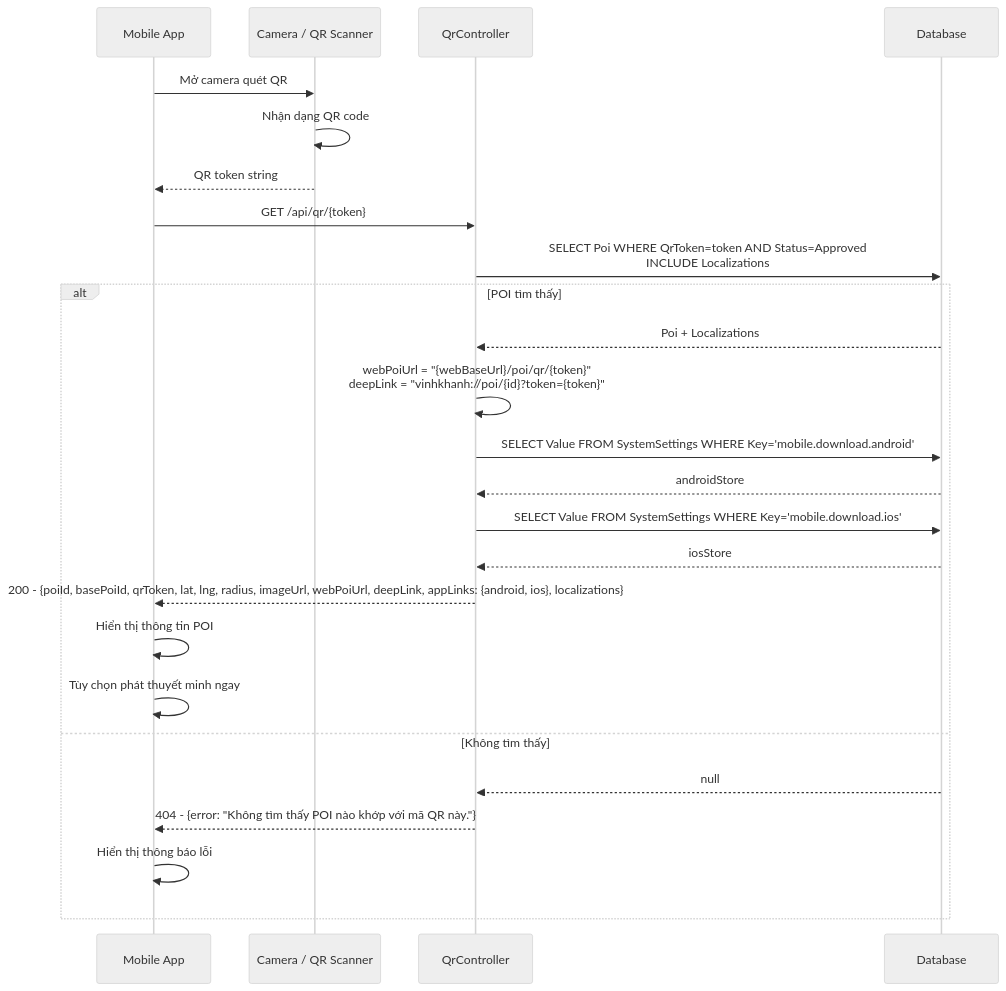
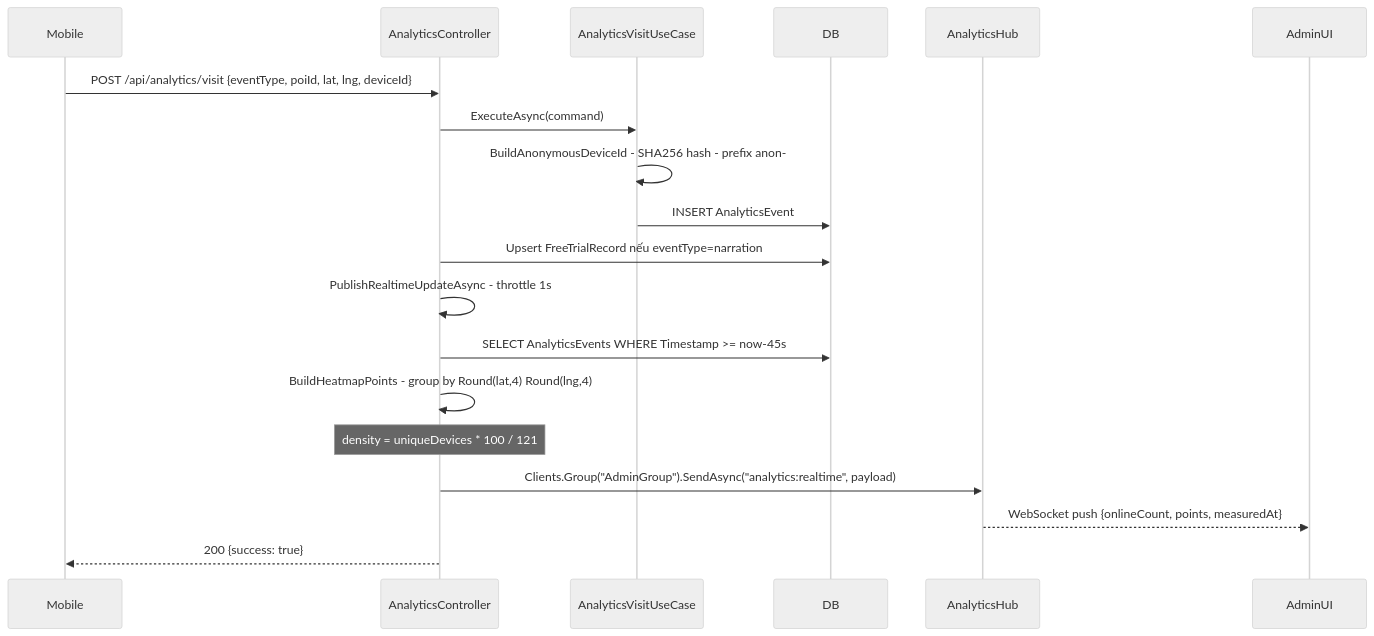
One commit to phamquyet47204/C-Sharp changed diagram 11 of 16 in README.md. Above: the diagram before and after it, drawn with Mermaid (neutral theme). The commit also changed other lines of this file, not shown here.

````diff
--- a/README.md
+++ b/README.md
@@ -1053,29 +692,22 @@
 ```mermaid
 sequenceDiagram
-  participant Mobile as Mobile App
-  participant Camera as Camera / QR Scanner
-  participant QrController
-  participant DB as Database
+  participant Mobile
+  participant AnalyticsController
+  participant AnalyticsVisitUseCase
+  participant DB
+  participant SignalR as AnalyticsHub
+  participant AdminUI
 
-  Mobile->>Camera: Mở camera quét QR
-  Camera->>Camera: Nhận dạng QR code
-  Camera-->>Mobile: QR token string
-
-  Mobile->>QrController: GET /api/qr/{token}
-  QrController->>DB: SELECT Poi WHERE QrToken=token AND Status=Approved<br/>INCLUDE Localizations
-  alt POI tìm thấy
-    DB-->>QrController: Poi + Localizations
-    QrController->>QrController: webPoiUrl = "{webBaseUrl}/poi/qr/{token}"<br/>deepLink = "vinhkhanh://poi/{id}?token={token}"
-    QrController->>DB: SELECT Value FROM SystemSettings WHERE Key='mobile.download.android'
-    DB-->>QrController: androidStore
-    QrController->>DB: SELECT Value FROM SystemSettings WHERE Key='mobile.download.ios'
-    DB-->>QrController: iosStore
-    QrController-->>Mobile: 200 - {poiId, basePoiId, qrToken, lat, lng, radius, imageUrl, webPoiUrl, deepLink, appLinks: {android, ios}, localizations}
-    Mobile->>Mobile: Hiển thị thông tin POI
-    Mobile->>Mobile: Tùy chọn phát thuyết minh ngay
-  else Không tìm thấy
-    DB-->>QrController: null
-    QrController-->>Mobile: 404 - {error: "Không tìm thấy POI nào khớp với mã QR này."}
-    Mobile->>Mobile: Hiển thị thông báo lỗi
-  end
+  Mobile->>AnalyticsController: POST /api/analytics/visit {eventType, poiId, lat, lng, deviceId}
+  AnalyticsController->>AnalyticsVisitUseCase: ExecuteAsync(command)
+  AnalyticsVisitUseCase->>AnalyticsVisitUseCase: BuildAnonymousDeviceId - SHA256 hash - prefix anon-
+  AnalyticsVisitUseCase->>DB: INSERT AnalyticsEvent
+  AnalyticsController->>DB: Upsert FreeTrialRecord nếu eventType=narration
+  AnalyticsController->>AnalyticsController: PublishRealtimeUpdateAsync - throttle 1s
+  AnalyticsController->>DB: SELECT AnalyticsEvents WHERE Timestamp >= now-45s
+  AnalyticsController->>AnalyticsController: BuildHeatmapPoints - group by Round(lat,4) Round(lng,4)
+  Note over AnalyticsController: density = uniqueDevices * 100 / 121
+  AnalyticsController->>SignalR: Clients.Group("AdminGroup").SendAsync("analytics:realtime", payload)
+  SignalR-->>AdminUI: WebSocket push {onlineCount, points, measuredAt}
+  AnalyticsController-->>Mobile: 200 {success: true}
 ```
````
